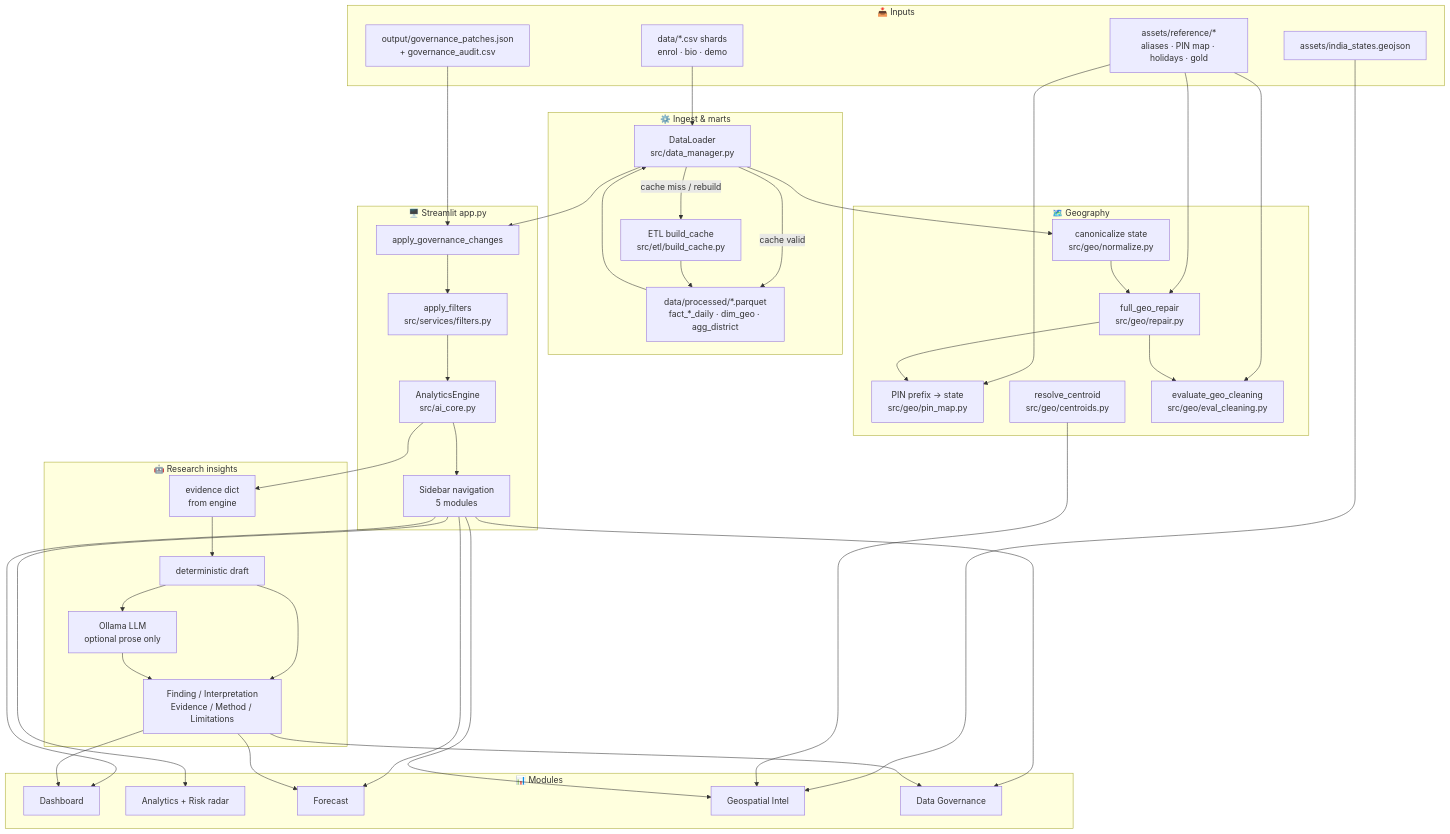
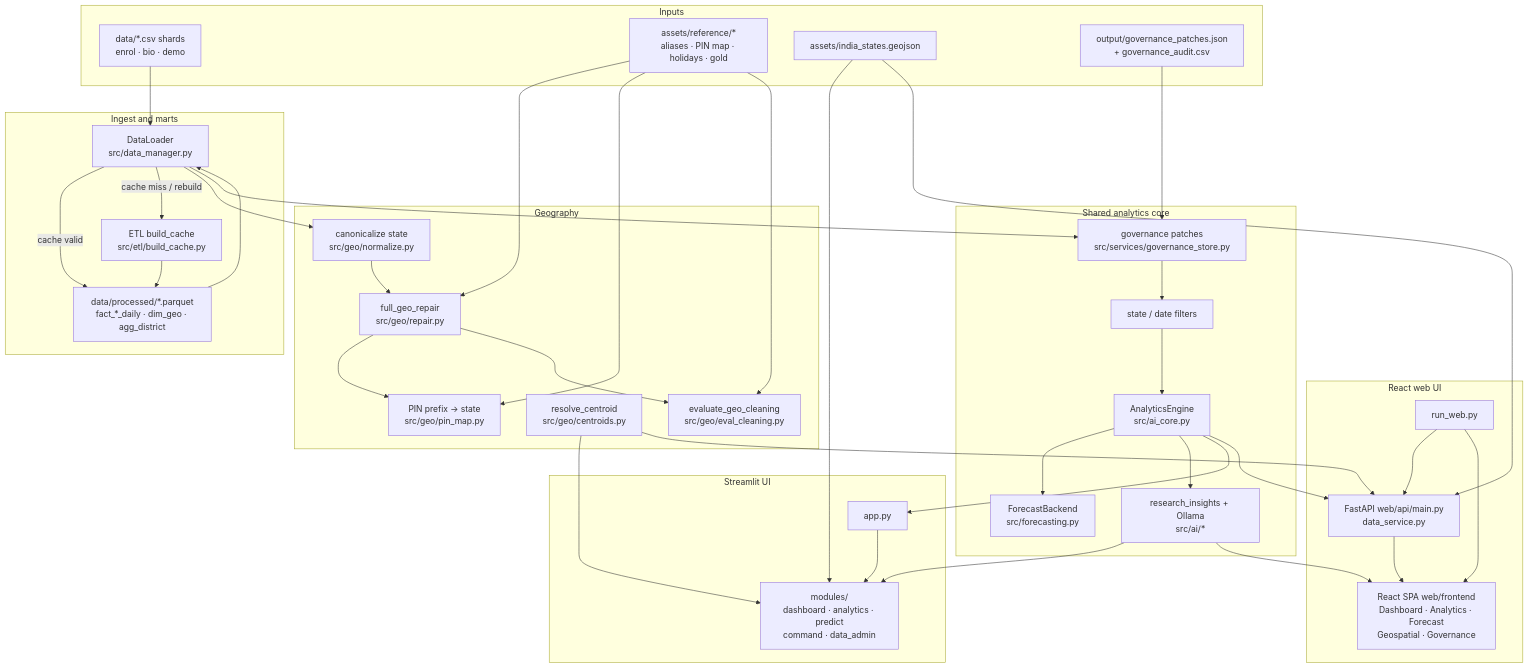
Before and after one commit to NetRunnerXD/Aadhaar-Intel-Engine-UIDAI: the first of 24 diagrams in flowchart.md, drawn with Mermaid. The commit also changed other lines of this file and 1 other file, not shown here.

First line of the commit message:
docs: update flowchart and feature parity for dual UI stack

````diff
--- a/flowchart.md
+++ b/flowchart.md
@@ -11,71 +18,72 @@
 ```mermaid
 flowchart TB
-    subgraph INPUT["📥 Inputs"]
+    subgraph INPUT["Inputs"]
         CSV["data/*.csv shards<br/>enrol · bio · demo"]
         REF["assets/reference/*<br/>aliases · PIN map · holidays · gold"]
         GEOJSON["assets/india_states.geojson"]
         GOVSTORE["output/governance_patches.json<br/>+ governance_audit.csv"]
     end
 
-    subgraph ETL["⚙️ Ingest & marts"]
+    subgraph ETL["Ingest and marts"]
         DL["DataLoader<br/>src/data_manager.py"]
         BC["ETL build_cache<br/>src/etl/build_cache.py"]
         MARTS["data/processed/*.parquet<br/>fact_*_daily · dim_geo · agg_district"]
     end
 
-    subgraph GEO["🗺️ Geography"]
+    subgraph GEO["Geography"]
         NORM["canonicalize state<br/>src/geo/normalize.py"]
         REPAIR["full_geo_repair<br/>src/geo/repair.py"]
         PIN["PIN prefix → state<br/>src/geo/pin_map.py"]
         CENT["resolve_centroid<br/>src/geo/centroids.py"]
         EVAL["evaluate_geo_cleaning<br/>src/geo/eval_cleaning.py"]
     end
 
-    subgraph APP["🖥️ Streamlit app.py"]
-        GOVAPPLY["apply_governance_changes"]
-        FILT["apply_filters<br/>src/services/filters.py"]
+    subgraph CORE["Shared analytics core"]
+        GOVAPPLY["governance patches<br/>src/services/governance_store.py"]
+        FILT["state / date filters"]
         ENG["AnalyticsEngine<br/>src/ai_core.py"]
-        NAV["Sidebar navigation<br/>5 modules"]
+        FCST["ForecastBackend<br/>src/forecasting.py"]
+        AI["research_insights + Ollama<br/>src/ai/*"]
     end
 
-    subgraph UI["📊 Modules"]
-        DASH["Dashboard"]
-        ANA["Analytics + Risk radar"]
-        FC["Forecast"]
-        MAP["Geospatial Intel"]
-        GOVUI["Data Governance"]
+    subgraph ST["Streamlit UI"]
+        STAPP["app.py"]
+        STMOD["modules/<br/>dashboard · analytics · predict<br/>command · data_admin"]
     end
 
-    subgraph AI["🤖 Research insights"]
-        EV["evidence dict<br/>from engine"]
-        DET["deterministic draft"]
-        OLL["Ollama LLM<br/>optional prose only"]
-        BRIEF["Finding / Interpretation<br/>Evidence / Method / Limitations"]
+    subgraph WEB["React web UI"]
+        RUN["run_web.py"]
+        API["FastAPI web/api/main.py<br/>data_service.py"]
+        SPA["React SPA web/frontend<br/>Dashboard · Analytics · Forecast<br/>Geospatial · Governance"]
     end
 
     CSV --> DL
     REF --> REPAIR
     REF --> PIN
     REF --> EVAL
     GOVSTORE --> GOVAPPLY
     DL -->|cache valid| MARTS
     DL -->|cache miss / rebuild| BC
     BC --> MARTS
     MARTS --> DL
     DL --> NORM
     NORM --> REPAIR
     REPAIR --> PIN
     REPAIR --> EVAL
     DL --> GOVAPPLY
     GOVAPPLY --> FILT
     FILT --> ENG
-    GEOJSON --> MAP
-    CENT --> MAP
-    ENG --> NAV
-    NAV --> DASH & ANA & FC & MAP & GOVUI
-    ENG --> EV --> DET
-    DET --> OLL
-    DET --> BRIEF
-    OLL --> BRIEF
-    BRIEF --> DASH & FC & GOVUI
+    ENG --> FCST
+    ENG --> AI
+    GEOJSON --> STMOD
+    GEOJSON --> API
+    CENT --> STMOD
+    CENT --> API
+
+    ENG --> STAPP --> STMOD
+    ENG --> API --> SPA
+    AI --> STMOD
+    AI --> SPA
+    RUN --> API
+    RUN --> SPA
 ```
````
